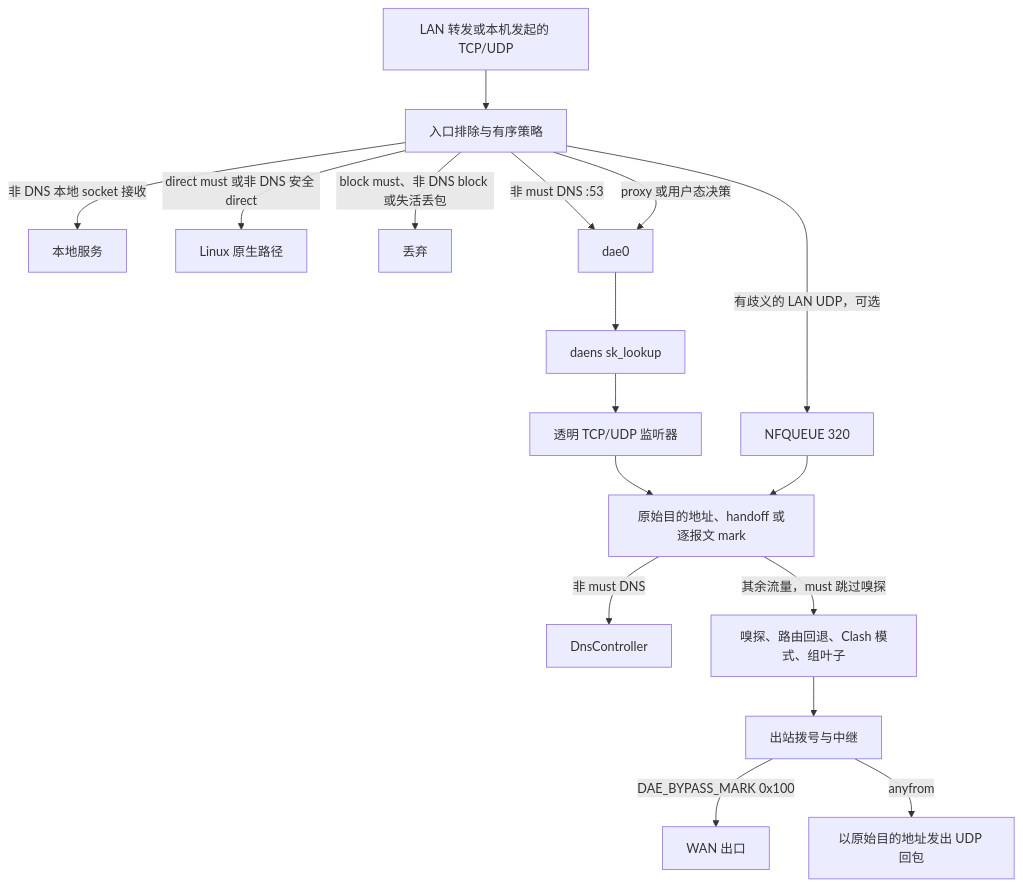
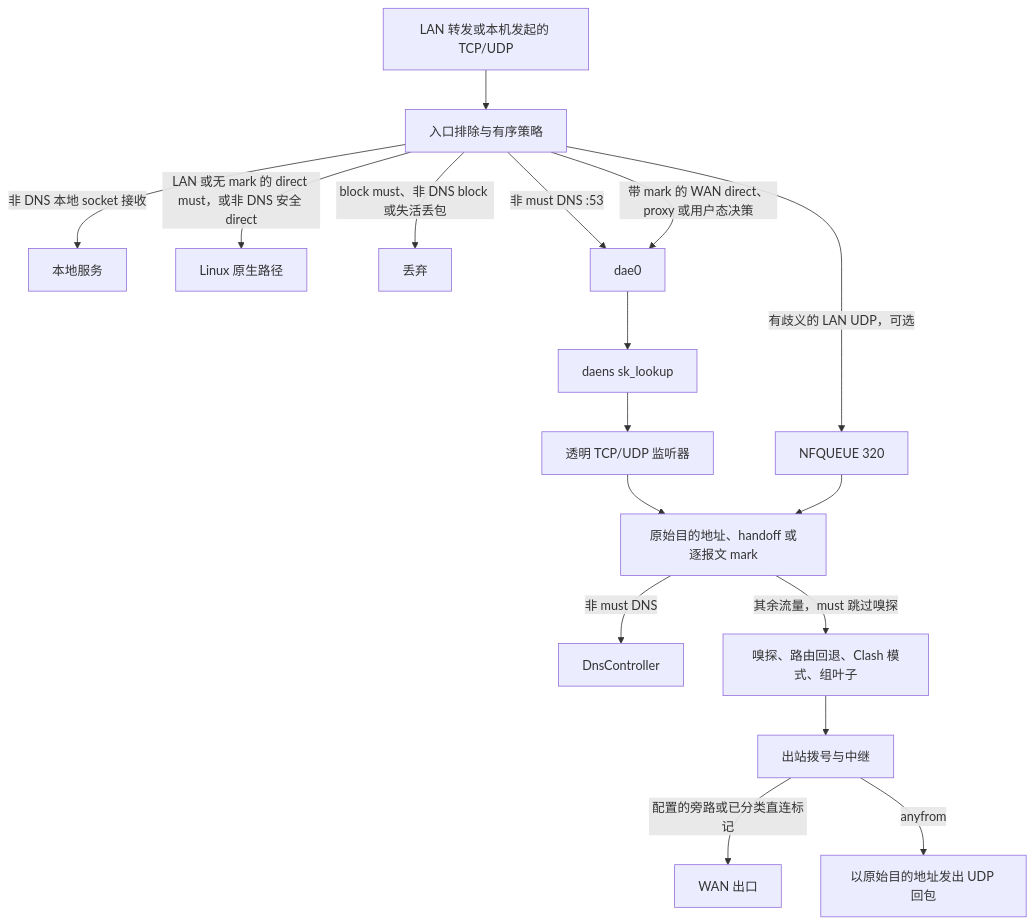
One commit to Glassyiris/honk changed the second of 2 diagrams in doc/zh/design/overview.md. Above: the diagram before and after it, drawn with Mermaid. The commit also changed other lines of this file and 123 other files, not shown here.

````diff
--- a/doc/zh/design/overview.md
+++ b/doc/zh/design/overview.md
@@ -73,19 +73,19 @@
 ```mermaid
 flowchart TB
   PACKET[LAN 转发或本机发起的 TCP/UDP] --> TC[入口排除与有序策略]
   TC -->|非 DNS 本地 socket 接收| LOCAL[本地服务]
-  TC -->|direct must 或非 DNS 安全 direct| NATIVE[Linux 原生路径]
+  TC -->|LAN 或无 mark 的 direct must，或非 DNS 安全 direct| NATIVE[Linux 原生路径]
   TC -->|block must、非 DNS block 或失活丢包| DROP[丢弃]
   TC -->|非 must DNS :53| DAE0[dae0]
-  TC -->|proxy 或用户态决策| DAE0
+  TC -->|带 mark 的 WAN direct、proxy 或用户态决策| DAE0
   TC -->|有歧义的 LAN UDP，可选| NFQ[NFQUEUE 320]
   DAE0 --> SK[daens sk_lookup]
   SK --> LISTEN[透明 TCP/UDP 监听器]
   LISTEN --> CP[原始目的地址、handoff 或逐报文 mark]
   NFQ --> CP
   CP -->|非 must DNS| DNS[DnsController]
   CP -->|其余流量，must 跳过嗅探| DECIDE[嗅探、路由回退、Clash 模式、组叶子]
   DECIDE --> DIAL[出站拨号与中继]
-  DIAL -->|DAE_BYPASS_MARK 0x100| WAN[WAN 出口]
+  DIAL -->|配置的旁路或已分类直连标记| WAN[WAN 出口]
   DIAL -->|anyfrom| REPLY[以原始目的地址发出 UDP 回包]
 ```
````
